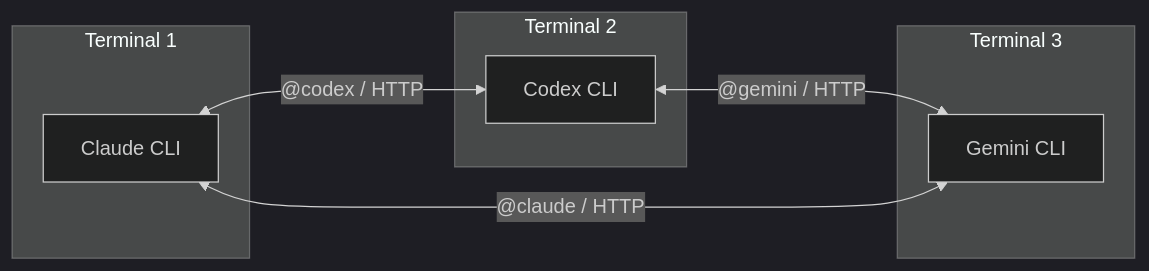
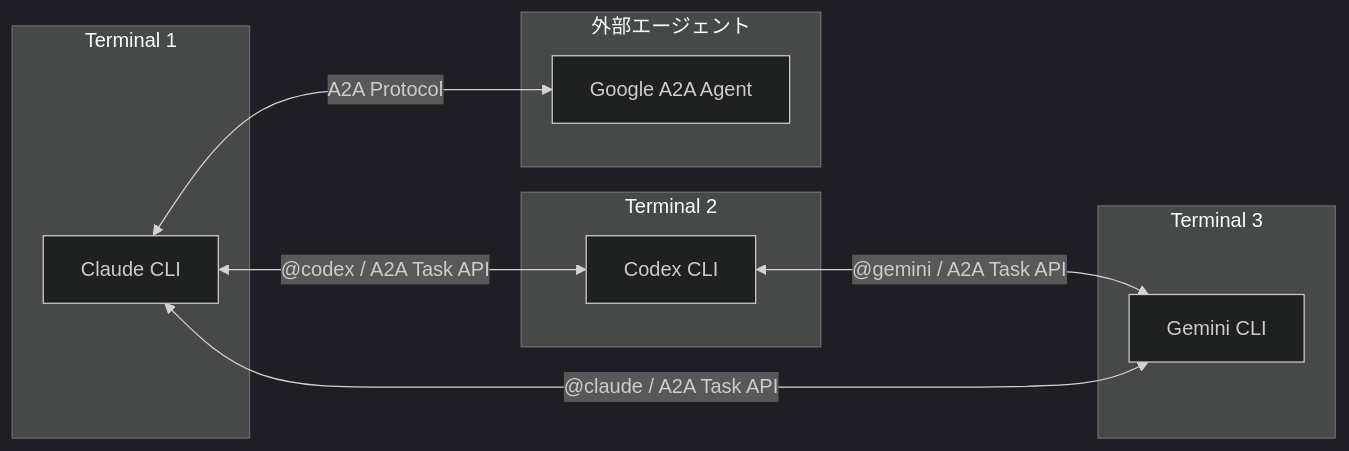
One commit to s-hiraoku/synapse-a2a changed the first of 3 diagrams in README.md. Above: the diagram before and after it, drawn with Mermaid (dark theme). The commit also changed other lines of this file and 6 other files, not shown here.

````diff
--- a/README.md
+++ b/README.md
@@ -10,16 +11,20 @@
 ```mermaid
 flowchart LR
     subgraph Terminal1["Terminal 1"]
         Claude["Claude CLI"]
     end
     subgraph Terminal2["Terminal 2"]
         Codex["Codex CLI"]
     end
     subgraph Terminal3["Terminal 3"]
         Gemini["Gemini CLI"]
     end
+    subgraph External["外部エージェント"]
+        ExtAgent["Google A2A Agent"]
+    end
 
-    Claude <-->|"@codex / HTTP"| Codex
-    Codex <-->|"@gemini / HTTP"| Gemini
-    Gemini <-->|"@claude / HTTP"| Claude
+    Claude <-->|"@codex / A2A Task API"| Codex
+    Codex <-->|"@gemini / A2A Task API"| Gemini
+    Gemini <-->|"@claude / A2A Task API"| Claude
+    Claude <-->|"A2A Protocol"| ExtAgent
 ```
````
